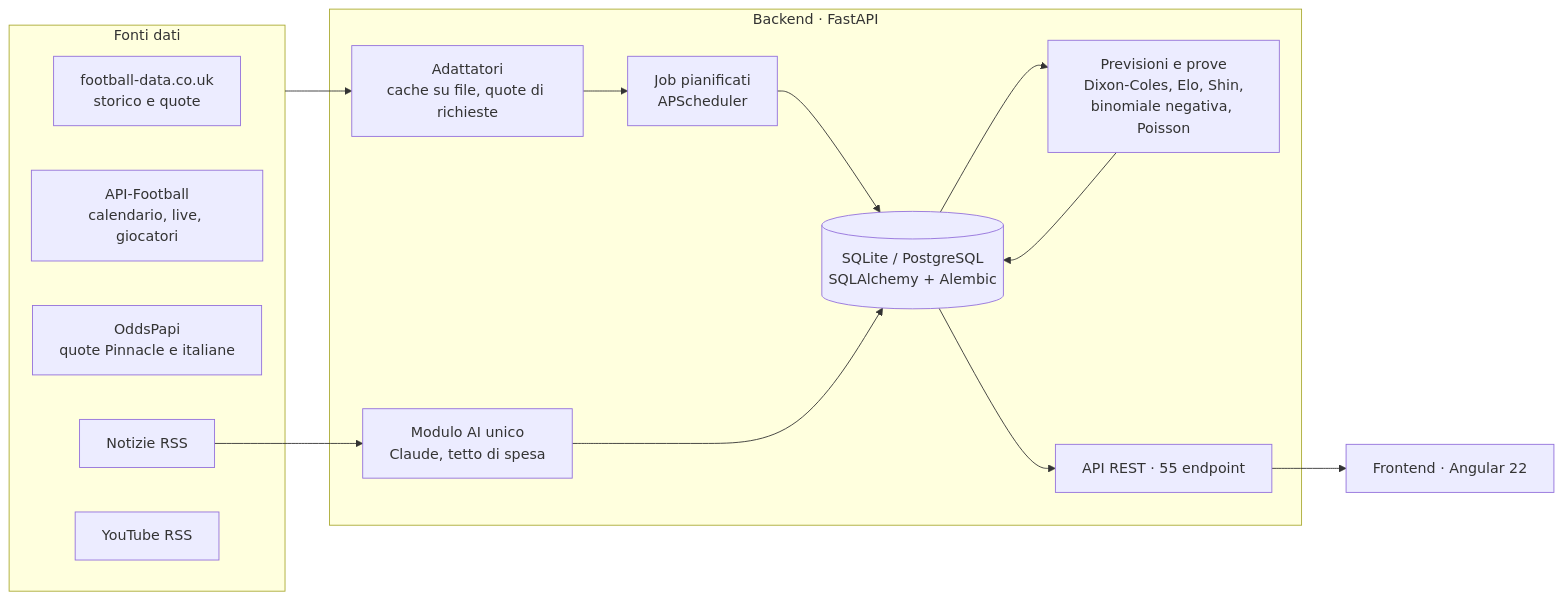
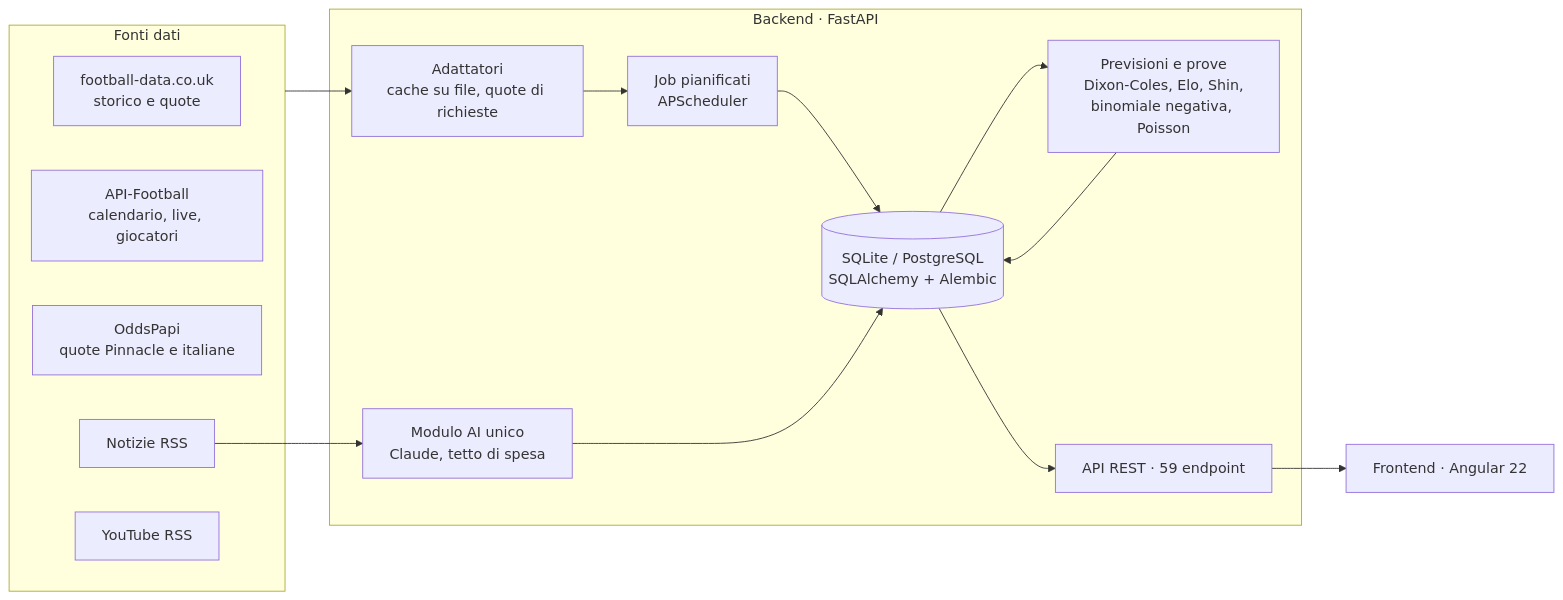
One commit to giuseppecorso/archiebet changed the diagram in README.md. Above: the diagram before and after it, drawn with Mermaid. The commit also changed other lines of this file and 16 other files, not shown here.

````diff
--- a/README.md
+++ b/README.md
@@ -73,23 +77,23 @@
 ```mermaid
 flowchart LR
   subgraph Fonti["Fonti dati"]
     FD[football-data.co.uk<br/>storico e quote]
     AF[API-Football<br/>calendario, live, giocatori]
     OP[OddsPapi<br/>quote Pinnacle e italiane]
     NW[Notizie RSS]
     YT[YouTube RSS]
   end
   subgraph Backend["Backend · FastAPI"]
     AD[Adattatori<br/>cache su file, quote di richieste]
     JOB[Job pianificati<br/>APScheduler]
     DB[(SQLite / PostgreSQL<br/>SQLAlchemy + Alembic)]
     FC[Previsioni e prove<br/>Dixon-Coles, Elo, Shin,<br/>binomiale negativa, Poisson]
     AI[Modulo AI unico<br/>Claude, tetto di spesa]
-    API[API REST · 55 endpoint]
+    API[API REST · 59 endpoint]
   end
   FE[Frontend · Angular 22]
   Fonti --> AD --> JOB --> DB
   DB --> FC --> DB
   NW --> AI --> DB
   DB --> API --> FE
 ```
````
